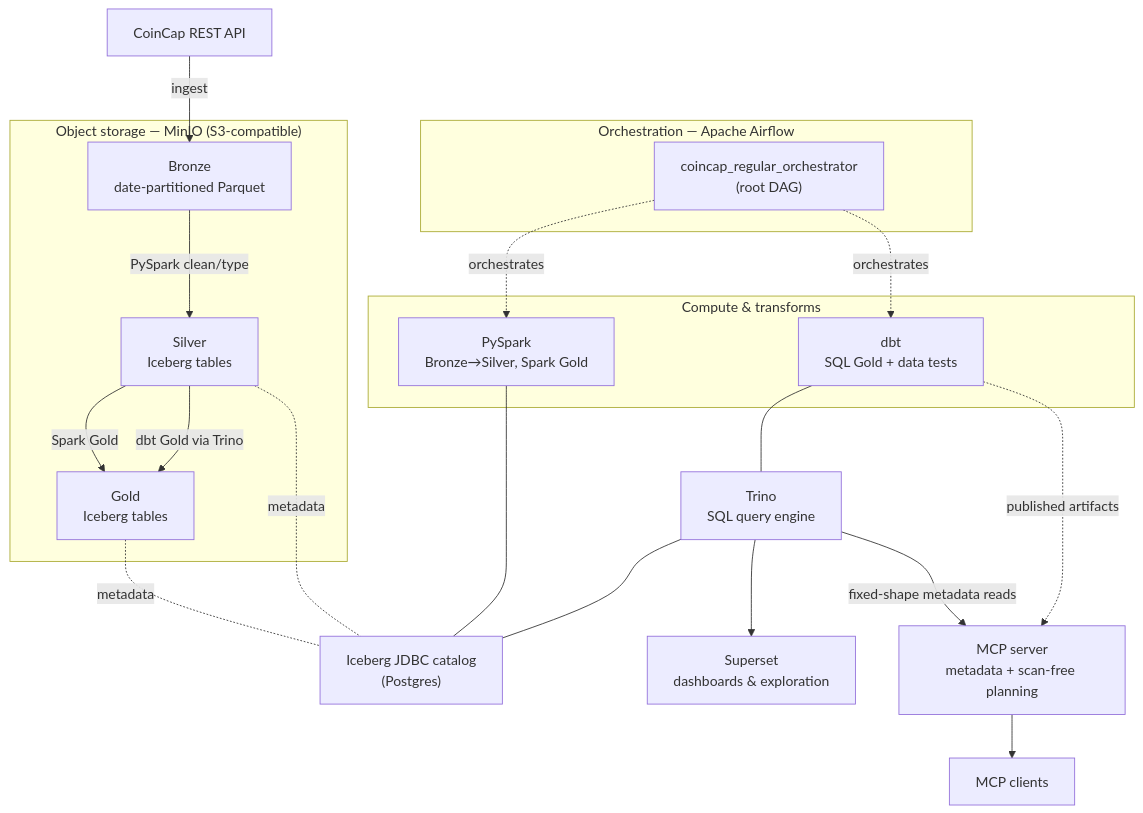
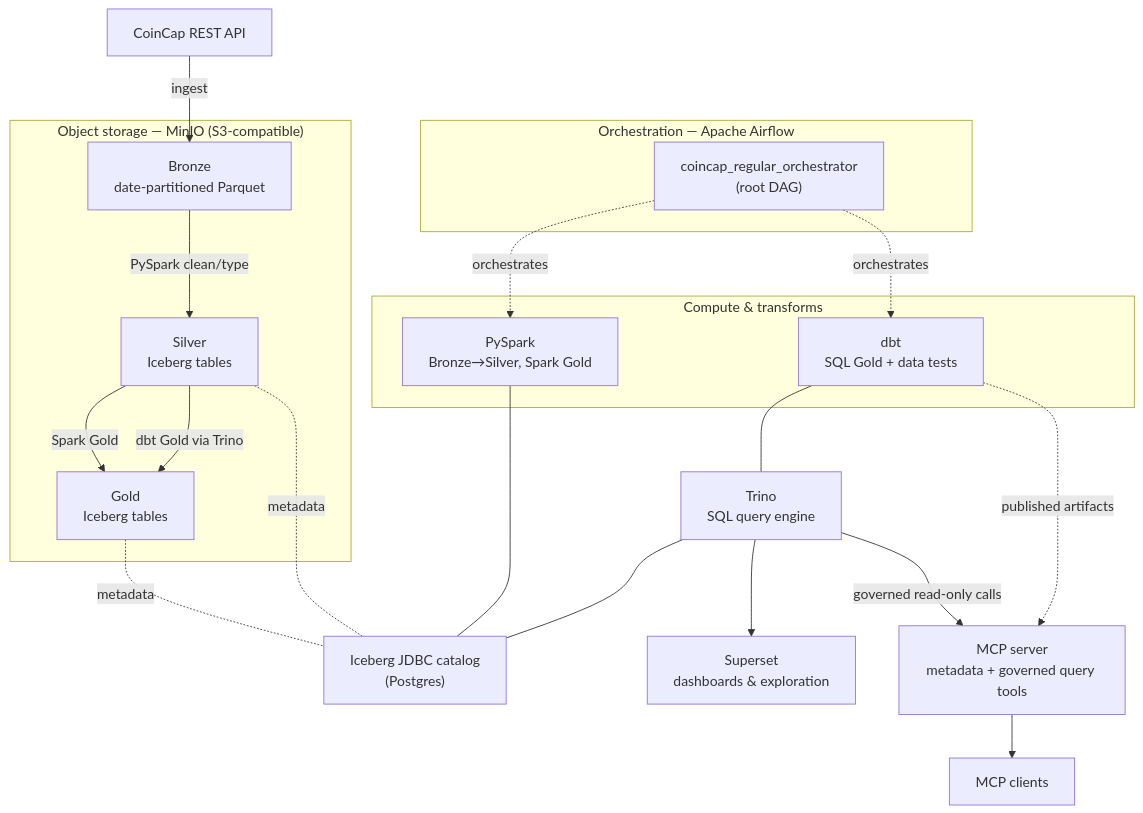
Before and after one commit to gekaluck/Data_eng_mvp: the diagram in README.md, drawn with Mermaid. The commit also changed other lines of this file and 20 other files, not shown here.

````diff
--- a/README.md
+++ b/README.md
@@ -23,42 +24,42 @@
 ```mermaid
 flowchart TB
     API["CoinCap REST API"]
 
     subgraph ORCH["Orchestration — Apache Airflow"]
         ROOT["coincap_regular_orchestrator<br/>(root DAG)"]
     end
 
     subgraph STORAGE["Object storage — MinIO (S3-compatible)"]
         BRONZE["Bronze<br/>date-partitioned Parquet"]
         SILVER["Silver<br/>Iceberg tables"]
         GOLD["Gold<br/>Iceberg tables"]
     end
 
     CATALOG["Iceberg JDBC catalog<br/>(Postgres)"]
 
     subgraph COMPUTE["Compute & transforms"]
         SPARK["PySpark<br/>Bronze→Silver, Spark Gold"]
         DBT["dbt<br/>SQL Gold + data tests"]
     end
 
     TRINO["Trino<br/>SQL query engine"]
     SUPERSET["Superset<br/>dashboards & exploration"]
-    MCP["MCP server<br/>metadata + scan-free planning"]
+    MCP["MCP server<br/>metadata + governed query tools"]
     MCPCLIENT["MCP clients"]
 
     API -->|ingest| BRONZE
     ROOT -.orchestrates.-> SPARK
     ROOT -.orchestrates.-> DBT
     BRONZE -->|PySpark clean/type| SILVER
     SILVER -->|Spark Gold| GOLD
     SILVER -->|dbt Gold via Trino| GOLD
     SPARK --- CATALOG
     DBT --- TRINO
     TRINO --- CATALOG
     TRINO --> SUPERSET
-    TRINO -->|fixed-shape metadata reads| MCP
+    TRINO -->|governed read-only calls| MCP
     DBT -.published artifacts.-> MCP
     MCP --> MCPCLIENT
     SILVER -.metadata.- CATALOG
     GOLD -.metadata.- CATALOG
 ```
````
